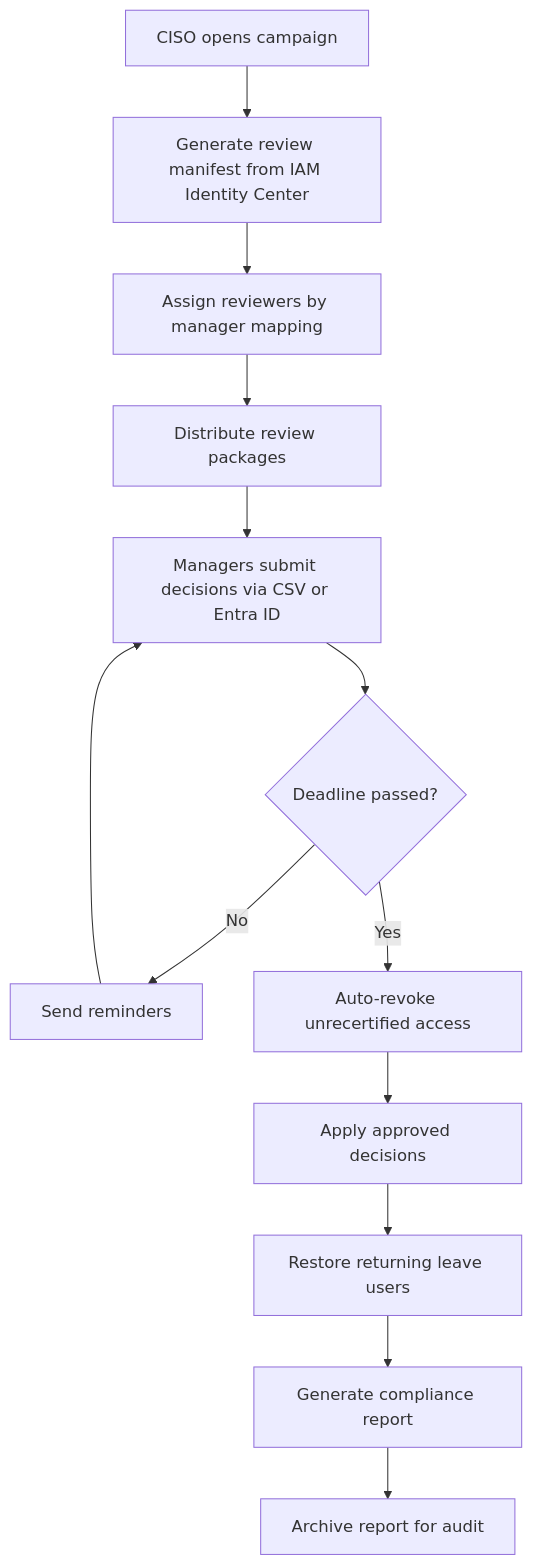
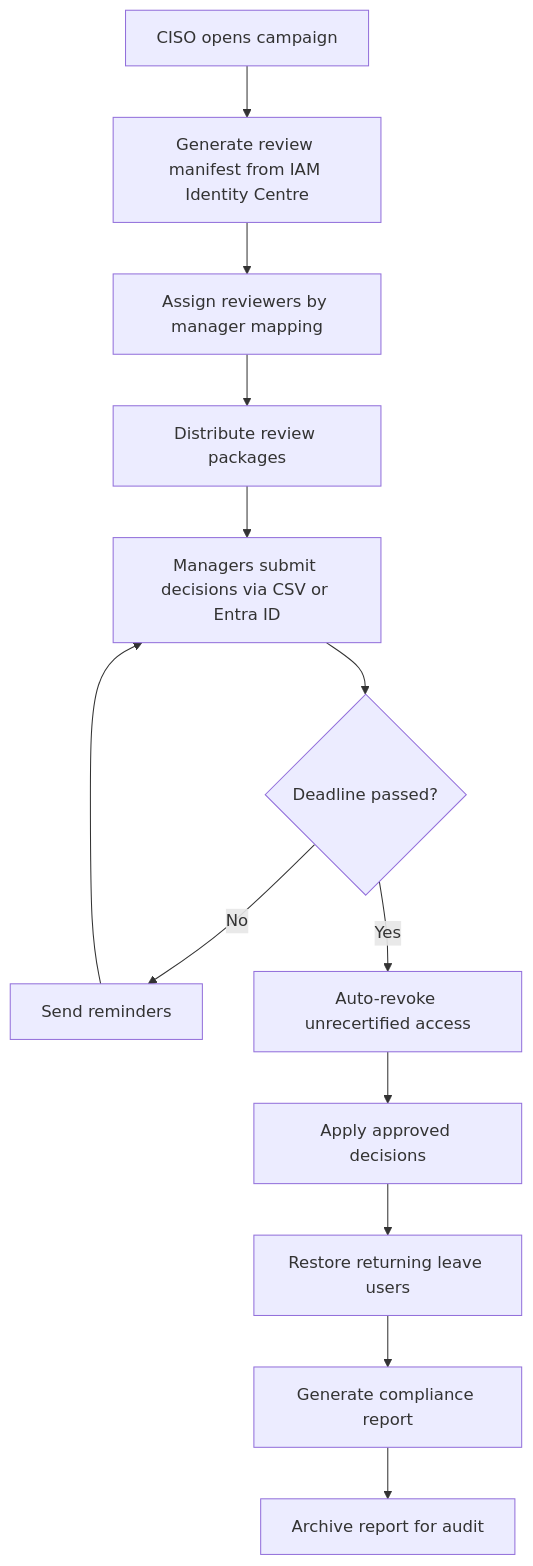
One commit to MikeEmpire1/iam-engineer-works changed the diagram in InnoGrid_Solutions/02-access-certification/design.md. Above: the diagram before and after it, drawn with Mermaid. The commit also changed other lines of this file and 30 other files, not shown here.

````diff
--- a/InnoGrid_Solutions/02-access-certification/design.md
+++ b/InnoGrid_Solutions/02-access-certification/design.md
@@ -34,15 +34,15 @@
 ```mermaid
 flowchart TD
-    A[CISO opens campaign] --> B[Generate review manifest from IAM Identity Center]
+    A[CISO opens campaign] --> B[Generate review manifest from IAM Identity Centre]
     B --> C[Assign reviewers by manager mapping]
     C --> D[Distribute review packages]
     D --> E[Managers submit decisions via CSV or Entra ID]
     E --> F{Deadline passed?}
     F -->|No| G[Send reminders]
     G --> E
     F -->|Yes| H[Auto-revoke unrecertified access]
     H --> I[Apply approved decisions]
     I --> J[Restore returning leave users]
     J --> K[Generate compliance report]
     K --> L[Archive report for audit]
 ```
````
